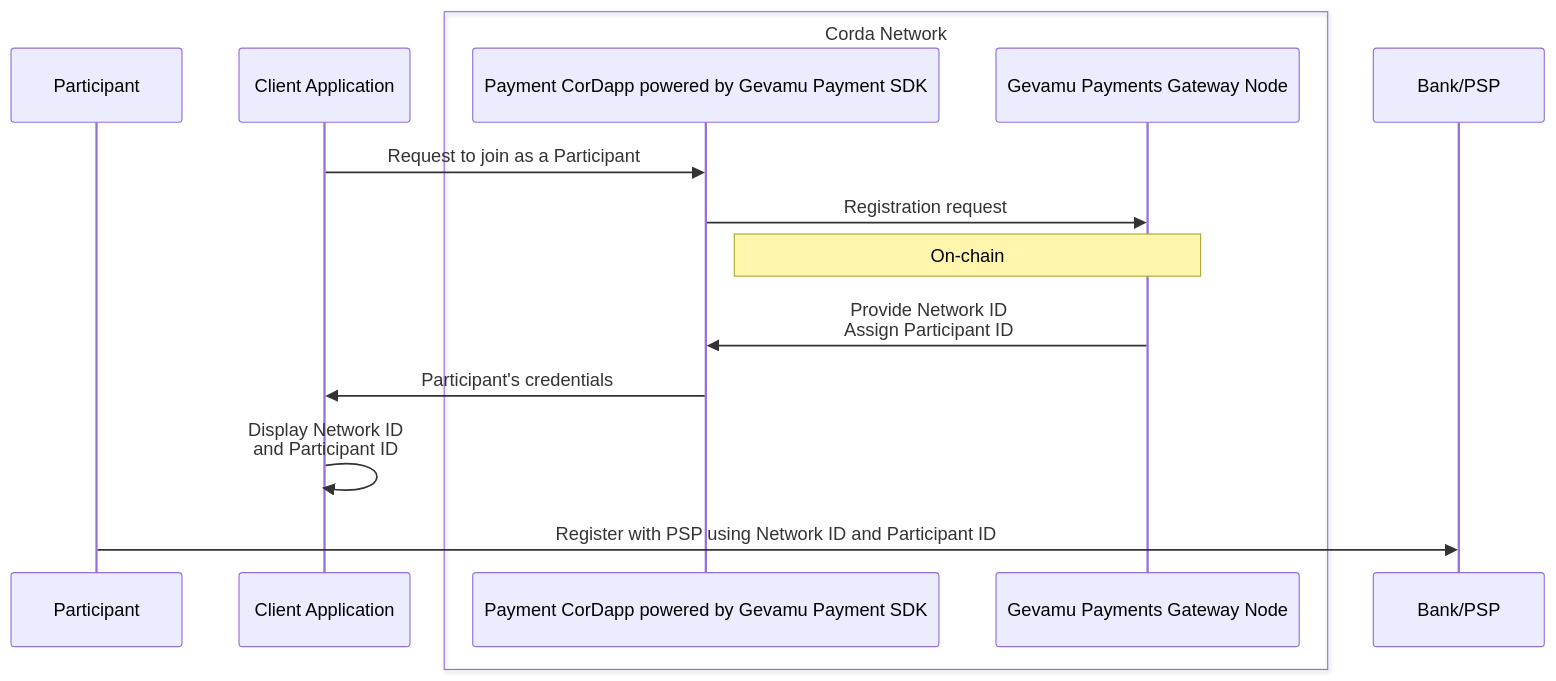
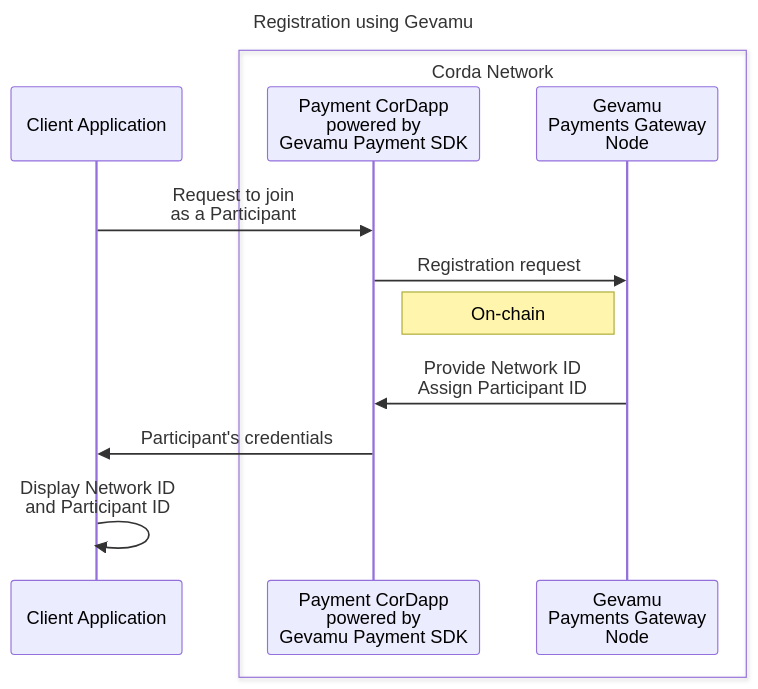
Before and after one commit to gevamu/gevamu.github.io: the first of 2 diagrams in content/3.workflow/3.participant-onboarding.md, drawn with Mermaid. The commit also changed other lines of this file, not shown here.

Commit message:
[DO-568] Restructure participant onboarding diagram (#19)
* Split diagram into 2

* restructure the page according to review

````diff
--- a/content/3.workflow/3.participant-onboarding.md
+++ b/content/3.workflow/3.participant-onboarding.md
@@ -16,25 +15,24 @@
 ```mermaid
+---
+title : Registration using Gevamu
+---
 sequenceDiagram
  
  %% using slide 12
 
-  participant p as Participant
   participant ca as Client Application
   box Corda Network
-  participant pc as Payment CorDapp powered by Gevamu Payment SDK 
-  participant gn as Gevamu Payments Gateway Node
+  participant pc as Payment CorDapp <br/> powered by <br/> Gevamu Payment SDK 
+  participant gn as Gevamu <br/> Payments Gateway <br/> Node
   end
-  participant psp as Bank/PSP
+ 
+  ca ->> pc: Request to join <br/>as a Participant
 
-  ca ->> pc: Request to join as a Participant
-
-  
   pc ->> gn: Registration request
   Note right of pc: On-chain
   gn ->> pc: Provide Network ID <br/> Assign Participant ID
   
   pc ->> ca: Participant's credentials
   ca ->> ca: Display Network ID <br/> and Participant ID
-  p ->> psp: Register with PSP using Network ID and Participant ID 
   
 ```
````
